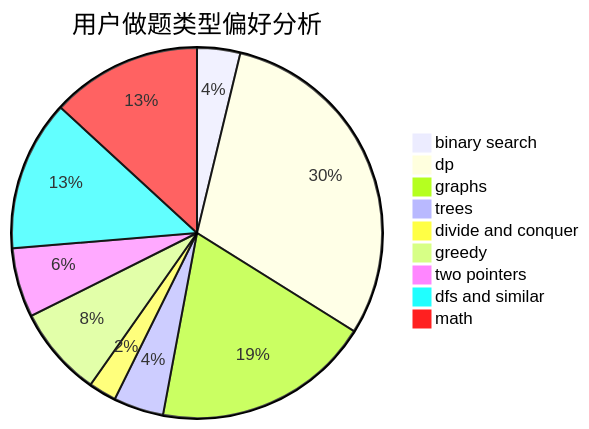
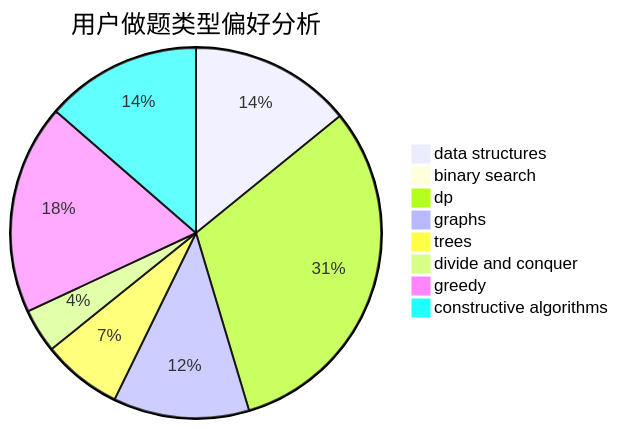
The second of 3 diagrams in docs/user/u1763.md (sherpahu/cfrs.github.io), drawn with Mermaid before and after one commit. The commit also changed other lines of this file and 2775 other files, not shown here.

````diff
--- a/docs/user/u1763.md
+++ b/docs/user/u1763.md
@@ -23,12 +23,11 @@
 ```mermaid
 pie title 用户做题类型偏好分析
-    "binary search" :  87
-    "dp" :  696
-    "graphs" :  440
-    "trees" :  101
-    "divide and conquer" :  56
-    "greedy" :  182
-    "two pointers" :  140
-    "dfs and similar" :  304
-    "math" :  304
+    "data structures" :  81
+    "binary search" :  3
+    "dp" :  179
+    "graphs" :  68
+    "trees" :  40
+    "divide and conquer" :  22
+    "greedy" :  105
+    "constructive algorithms" :  78
 ```
````
